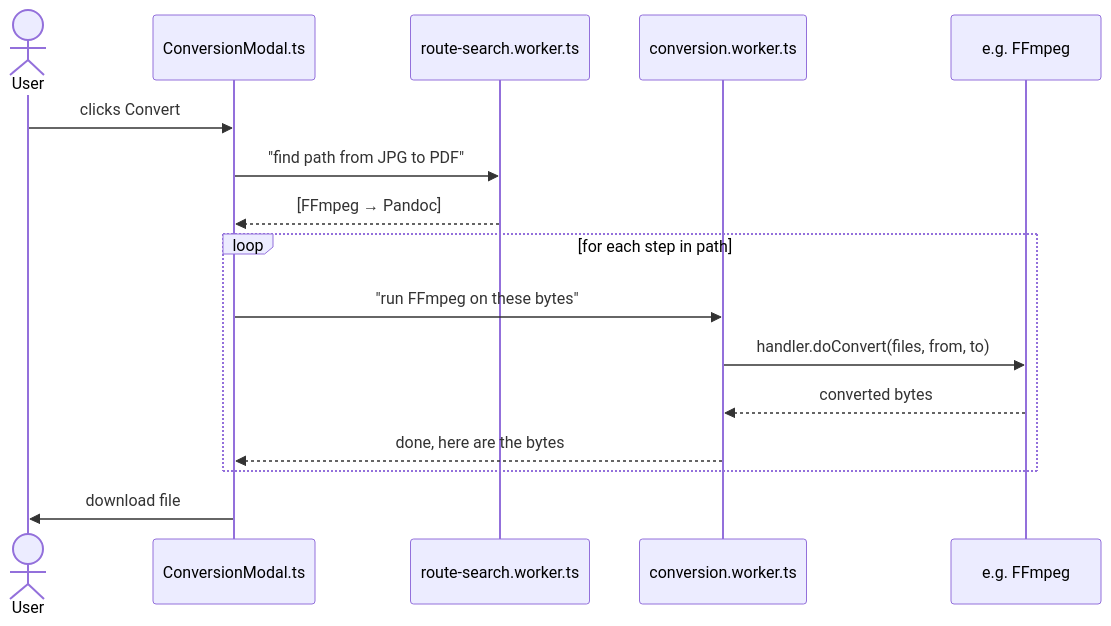
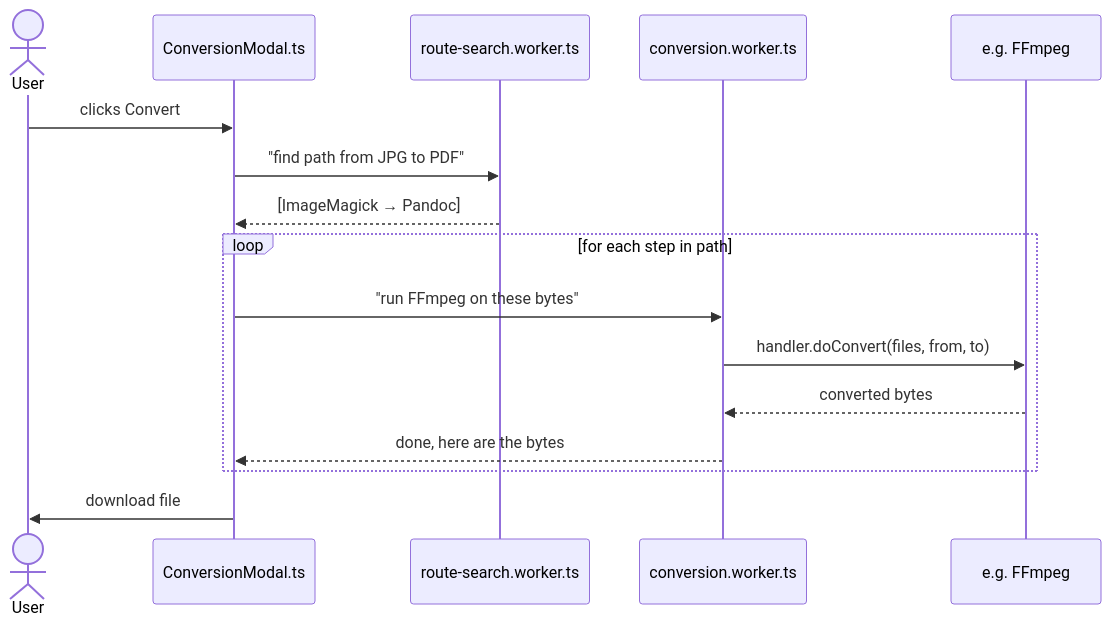
The sixth of 7 diagrams in docs/OVERVIEW.md (ogfrench/frogConvert), drawn with Mermaid before and after one commit. The commit also changed other lines of this file and 3 other files, not shown here.

First line of the commit message:
docs: clean up OVERVIEW.md and fix Mermaid dark mode legibility

````diff
--- a/docs/OVERVIEW.md
+++ b/docs/OVERVIEW.md
@@ -192,19 +188,19 @@
 ```mermaid
 sequenceDiagram
     actor User
     participant UI as ConversionModal.ts
     participant Worker as route-search.worker.ts
     participant CW as conversion.worker.ts
     participant Handler as e.g. FFmpeg
 
     User->>UI: clicks Convert
     UI->>Worker: "find path from JPG to PDF"
-    Worker-->>UI: [FFmpeg → Pandoc]
+    Worker-->>UI: [ImageMagick → Pandoc]
     loop for each step in path
         UI->>CW: "run FFmpeg on these bytes"
         CW->>Handler: handler.doConvert(files, from, to)
         Handler-->>CW: converted bytes
         CW-->>UI: done, here are the bytes
     end
     UI->>User: download file
 ```
````
